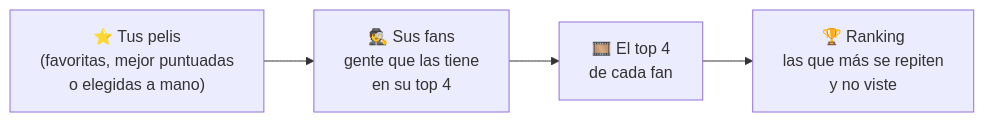
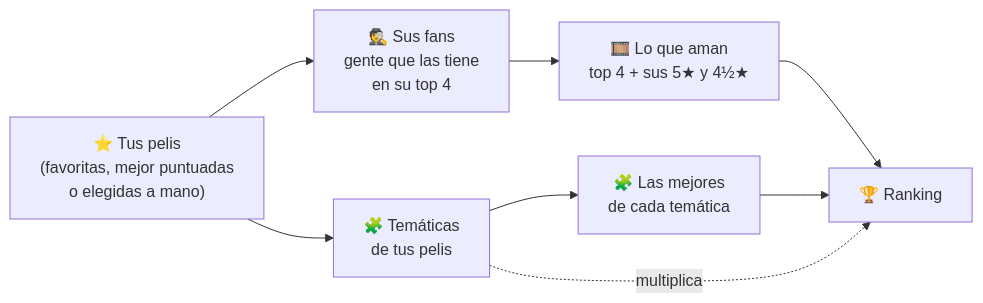
One commit to luchofariello/letterbox-pelis-recomendation changed the diagram in README.md. Above: the diagram before and after it, drawn with Mermaid. The commit also changed other lines of this file and 3 other files, not shown here.

````diff
--- a/README.md
+++ b/README.md
@@ -59,6 +62,10 @@
 ```mermaid
 flowchart LR
     A["⭐ Tus pelis<br/>(favoritas, mejor puntuadas<br/>o elegidas a mano)"] --> B["🕵️ Sus fans<br/>gente que las tiene<br/>en su top 4"]
-    B --> C["🎞️ El top 4<br/>de cada fan"]
-    C --> D["🏆 Ranking<br/>las que más se repiten<br/>y no viste"]
+    B --> C["🎞️ Lo que aman<br/>top 4 + sus 5★ y 4½★"]
+    A --> T["🧩 Temáticas<br/>de tus pelis"]
+    T --> U["🧩 Las mejores<br/>de cada temática"]
+    C --> D["🏆 Ranking"]
+    U --> D
+    T -. "multiplica" .-> D
 ```
````
